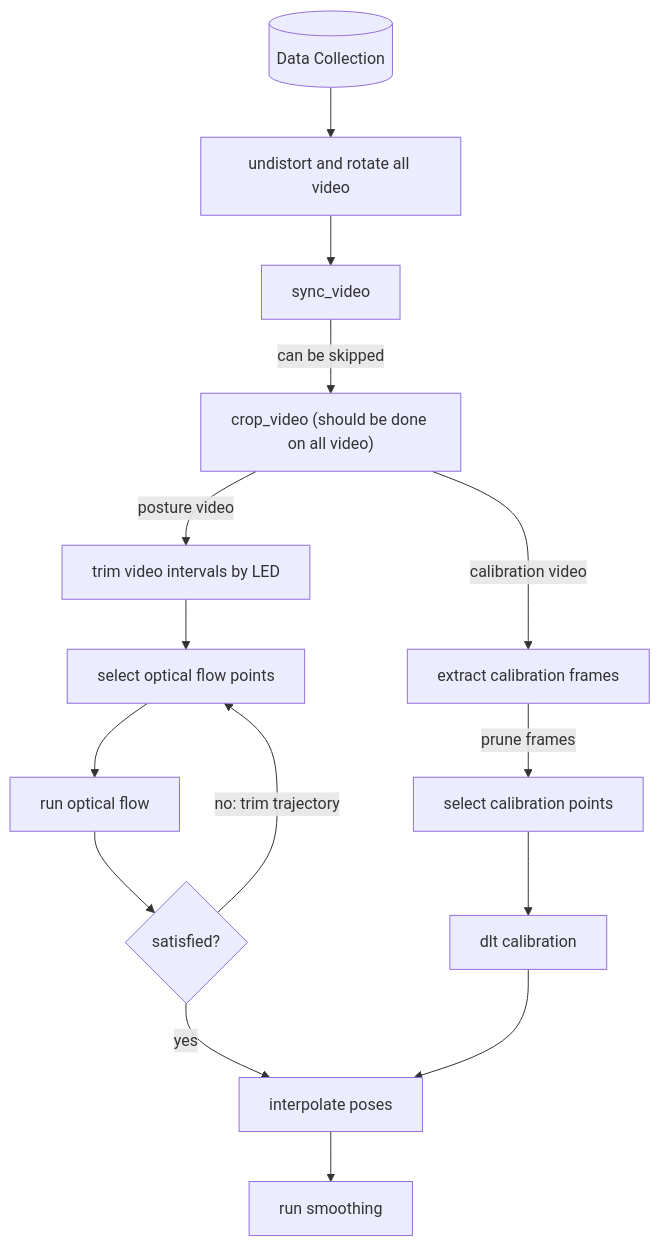
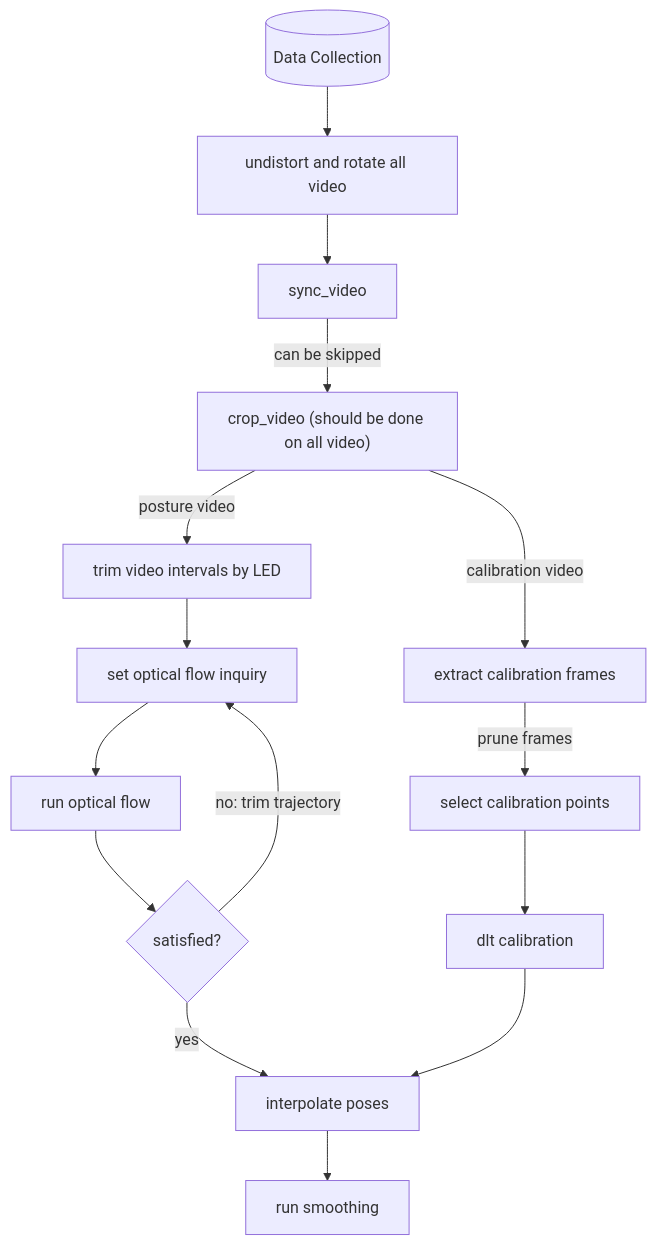
Before and after one commit to GazzolaLab/BR2-vision-based-smoothing: the diagram in README.md, drawn with Mermaid. The commit also changed 1 other file, not shown here.

Commit message:
rename optical flow selection

````diff
--- a/README.md
+++ b/README.md
@@ -48,26 +48,26 @@
 ```mermaid
 flowchart TD
     collect[("Data Collection")]
     proc1["undistort and rotate all video"]
     proc2["sync_video"]
     proc3["crop_video (should be done on all video)"]
     cal1["extract calibration frames"]
     cal2["select calibration points"]
     cal3["dlt calibration"]
     trim["trim video intervals by LED"]
-    opt1["select optical flow points"]
+    opt1["set optical flow inquiry"]
     opt2["run optical flow"]
     smt1["interpolate poses"]
     smt2["run smoothing"]
 
     C{satisfied?}
 
     collect --> proc1 --> proc2 -->|can be skipped| proc3
     proc3 -->|calibration video| cal1 -->|prune frames| cal2 --> cal3
     proc3 -->|posture video| trim --> opt1 --> opt2 --> C
     C -->|no: trim trajectory| opt1
     C -->|yes| smt1
     
     cal3 --> smt1
     smt1 --> smt2
 ```
````
